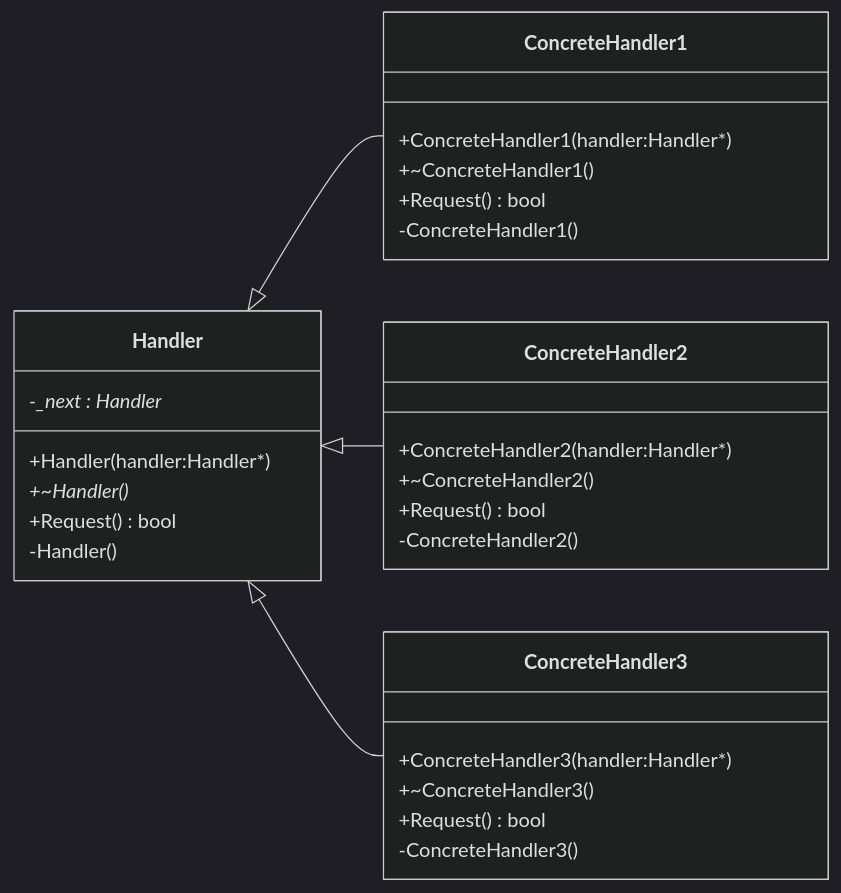
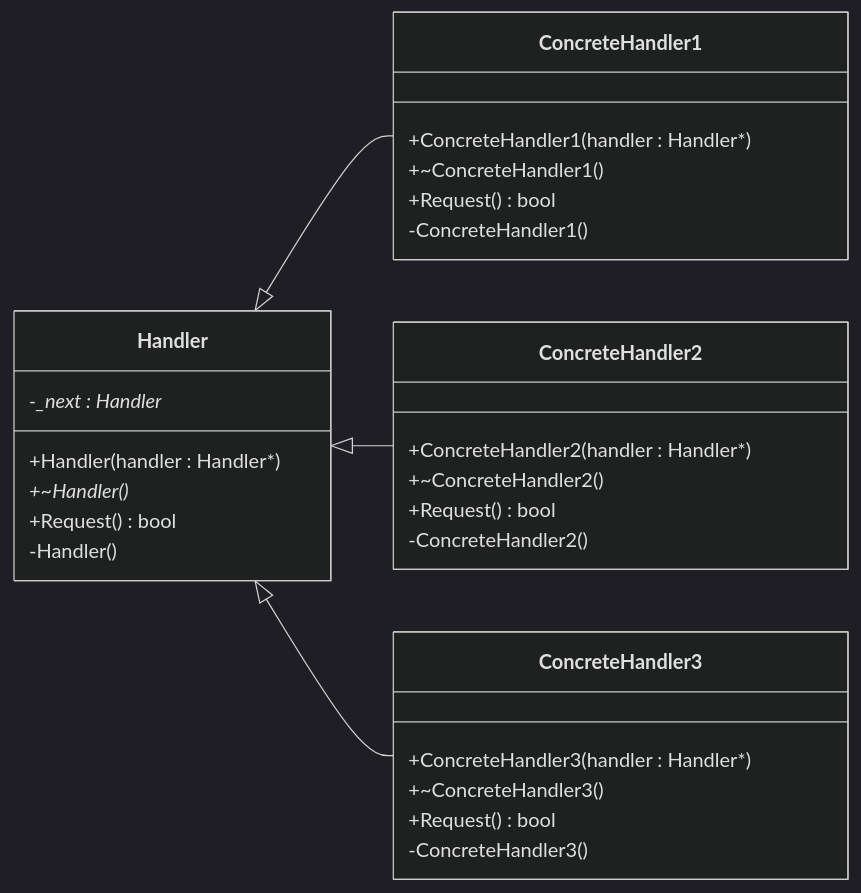
Before and after one commit to KumaKuma0421/DesignPatternSolution: the diagram in PrimitiveDesign/ChainOfResponsibility.md, drawn with Mermaid (dark theme). The commit also changed 23 other files, not shown here.

````diff
--- a/PrimitiveDesign/ChainOfResponsibility.md
+++ b/PrimitiveDesign/ChainOfResponsibility.md
@@ -3,32 +3,33 @@
 ```mermaid
 classDiagram
 direction LR
   class Handler {
     -_next : Handler*
-    +Handler(handler:Handler*)
+    +Handler(handler : Handler*)
     +~Handler()*
     +Request() bool
     -Handler()
   }
   class ConcreteHandler1 {
-    +ConcreteHandler1(handler:Handler*)
+    +ConcreteHandler1(handler : Handler*)
     +~ConcreteHandler1()
     +Request() bool
     -ConcreteHandler1()
   }
   class ConcreteHandler2 {
-    +ConcreteHandler2(handler:Handler*)
+    +ConcreteHandler2(handler : Handler*)
     +~ConcreteHandler2()
     +Request() bool
     -ConcreteHandler2()
   }
   class ConcreteHandler3 {
-    +ConcreteHandler3(handler:Handler*)
+    +ConcreteHandler3(handler : Handler*)
     +~ConcreteHandler3()
     +Request() bool
     -ConcreteHandler3()
   }
+  
   Handler <|-- ConcreteHandler1
   Handler <|-- ConcreteHandler2
   Handler <|-- ConcreteHandler3
 ```
````
